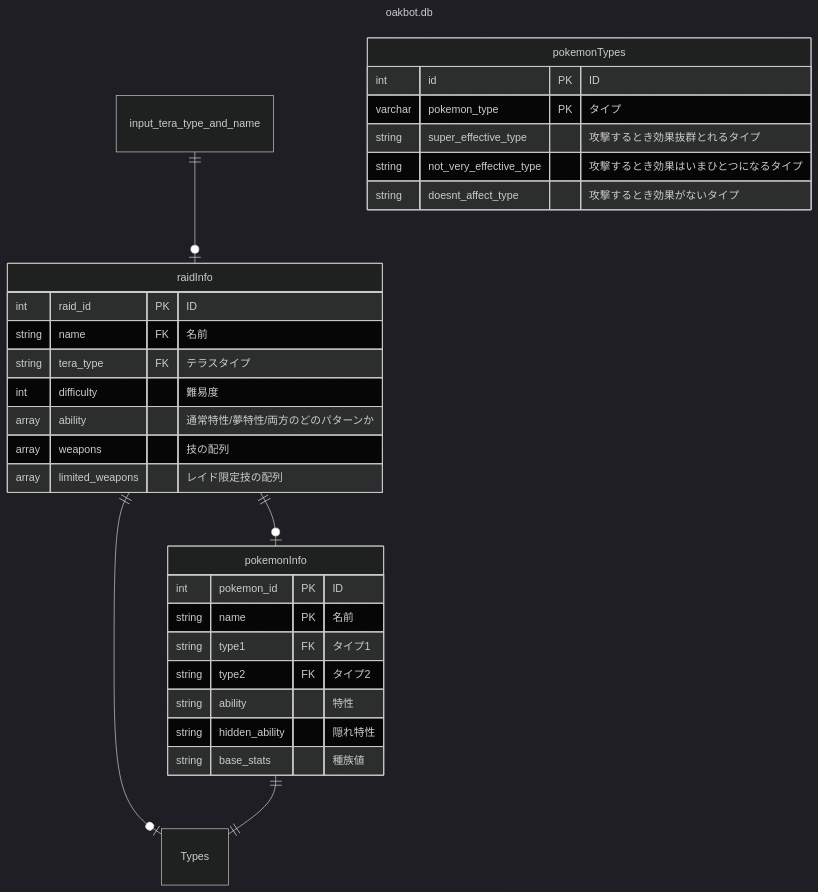
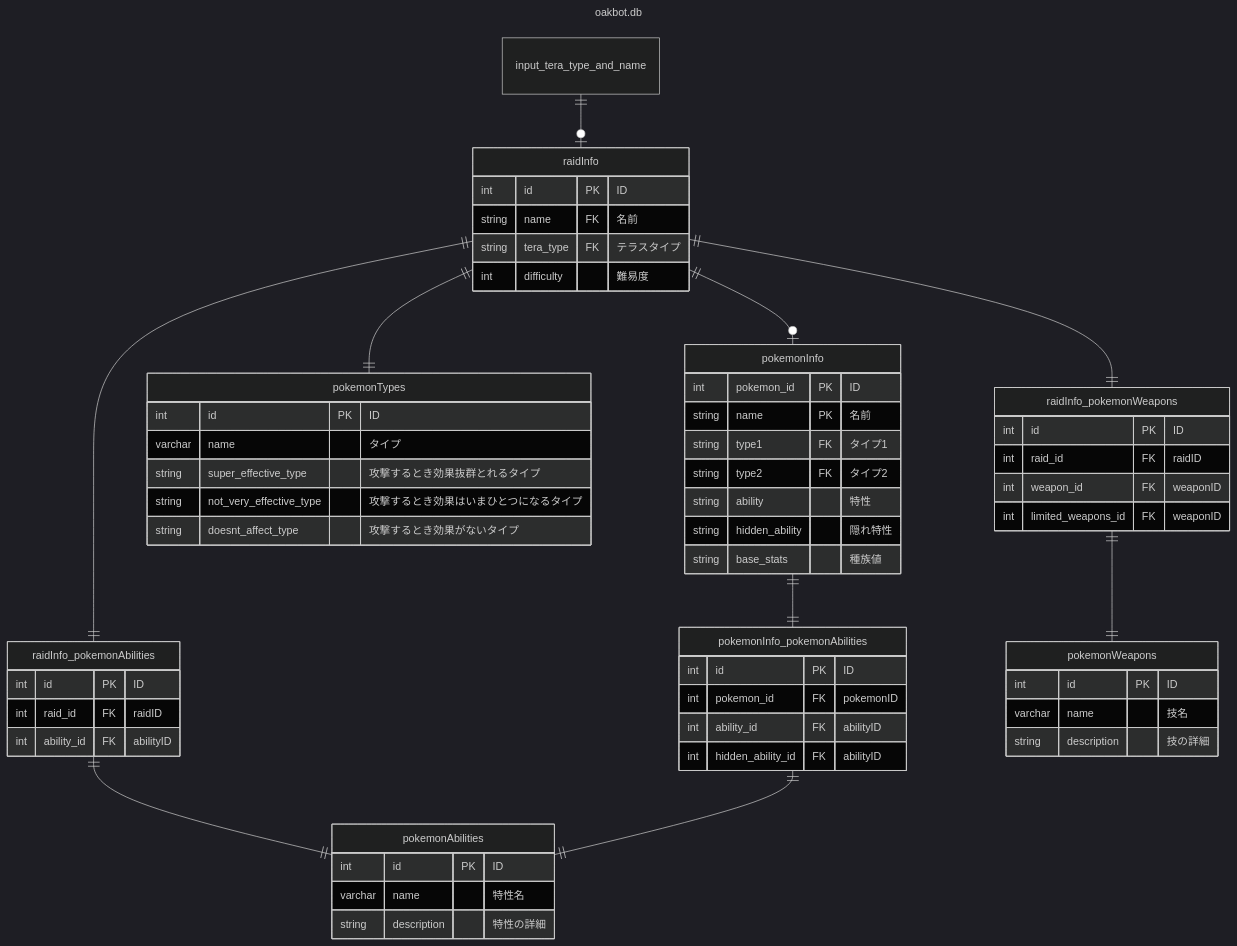
One commit to imvvad/Pokemon_discordbot changed the diagram in mermaid_test.md. Above: the diagram before and after it, drawn with Mermaid (dark theme).

Commit message:
中間テーブルを追加したため

````diff
--- a/mermaid_test.md
+++ b/mermaid_test.md
@@ -5,38 +5,72 @@
 ```mermaid
 ---
 title: "oakbot.db"
 ---
 erDiagram
-    input_tera_type_and_name ||--o| raidInfo    : ""
-    raidInfo                 ||--o| pokemonInfo : ""
-    raidInfo                 ||--o| Types       : ""
-    pokemonInfo              ||--|| Types       : ""
+    input_tera_type_and_name            ||--o| raidInfo                 : ""
+    raidInfo                            ||--o| pokemonInfo              : ""
+    raidInfo                            ||--|| raidInfo_pokemonAbilities: ""
+    raidInfo_pokemonAbilities           ||--|| pokemonAbilities         : ""
+    pokemonInfo                         ||--|| pokemonInfo_pokemonAbilities: ""
+    pokemonInfo_pokemonAbilities        ||--|| pokemonAbilities         : ""
+    raidInfo                            ||--|| pokemonTypes             : ""
+    raidInfo                            ||--|| raidInfo_pokemonWeapons  : ""
+    raidInfo_pokemonWeapons             ||--|| pokemonWeapons           : ""
 
     raidInfo {
-        int    raid_id                  PK    "ID"
+        int    id                       PK    "ID"
         string name                     FK    "名前"
         string tera_type                FK    "テラスタイプ"
         int    difficulty                     "難易度"
-        array  ability                        "通常特性/夢特性/両方のどのパターンか"
-        array  weapons                        "技の配列"
-        array  limited_weapons                "レイド限定技の配列"
     }
 
     pokemonInfo {
         int    pokemon_id               PK    "ID"
         string name                     PK    "名前"
         string type1                    FK    "タイプ1"
         string type2                    FK    "タイプ2"
         string ability                        "特性"
         string hidden_ability                 "隠れ特性"
         string base_stats                     "種族値"
     }
 
     pokemonTypes {
         int     id                      PK    "ID"
-        varchar pokemon_type            PK    "タイプ"
+        varchar name                          "タイプ"
         string  super_effective_type           "攻撃するとき効果抜群とれるタイプ"
         string  not_very_effective_type        "攻撃するとき効果はいまひとつになるタイプ"
         string  doesnt_affect_type             "攻撃するとき効果がないタイプ"
     }
+
+    pokemonAbilities {
+        int     id                      PK    "ID"
+        varchar name                          "特性名"
+        string  description                   "特性の詳細"
+    }
+
+    pokemonWeapons {
+        int     id                      PK    "ID"
+        varchar name                          "技名"
+        string  description                   "技の詳細"
+    }
+
+    raidInfo_pokemonAbilities{
+        int id                PK "ID"
+        int raid_id           FK "raidID"
+        int ability_id        FK "abilityID"
+    }
+
+    pokemonInfo_pokemonAbilities{
+        int id                PK "ID"
+        int pokemon_id        FK "pokemonID"
+        int ability_id        FK "abilityID"
+        int hidden_ability_id FK "abilityID"
+    }
+
+    raidInfo_pokemonWeapons{
+        int id                  PK "ID"
+        int raid_id             FK "raidID"
+        int weapon_id           FK "weaponID"
+        int limited_weapons_id  FK "weaponID"
+    }
 ```
````
